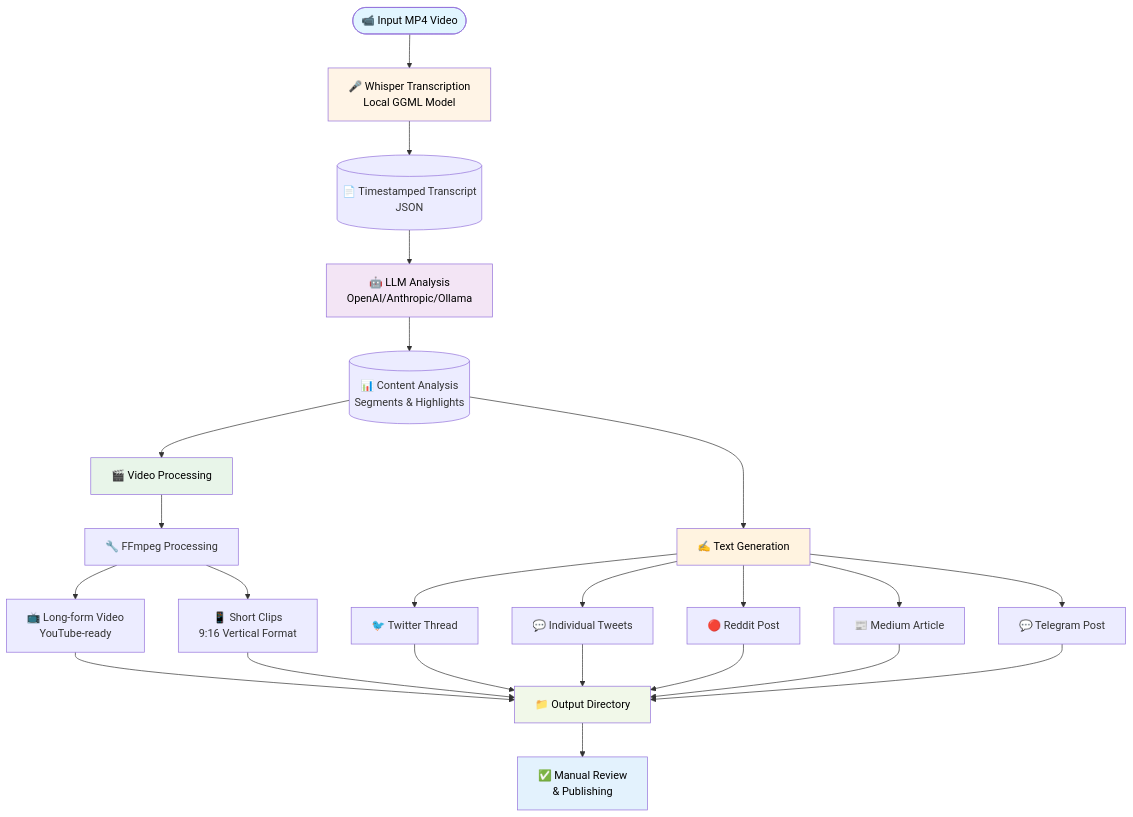
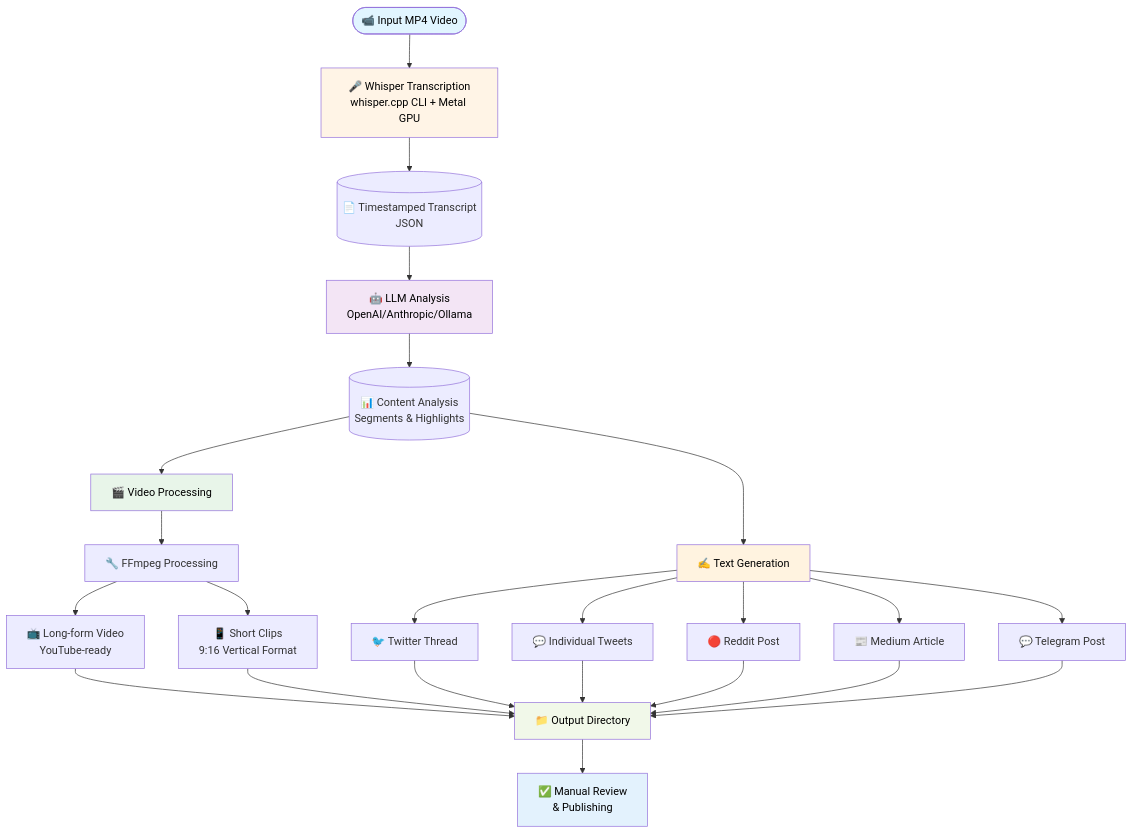
The diagram in README.md (artem-lazarev/stream-repurpose), drawn with Mermaid before and after one commit. The commit also changed other lines of this file and 12 other files, not shown here.

````diff
--- a/README.md
+++ b/README.md
@@ -35,41 +41,41 @@
 ```mermaid
 flowchart TD
-    Start([📹 Input MP4 Video]) --> Transcribe[🎤 Whisper Transcription<br/>Local GGML Model]
+    Start([📹 Input MP4 Video]) --> Transcribe[🎤 Whisper Transcription<br/>whisper.cpp CLI + Metal GPU]
     
     Transcribe --> Transcript[(📄 Timestamped Transcript<br/>JSON)]
     
     Transcript --> Analyze[🤖 LLM Analysis<br/>OpenAI/Anthropic/Ollama]
     
     Analyze --> Analysis[(📊 Content Analysis<br/>Segments & Highlights)]
     
     Analysis --> VideoBranch[🎬 Video Processing]
     Analysis --> TextBranch[✍️ Text Generation]
     
     VideoBranch --> FFmpeg[🔧 FFmpeg Processing]
     FFmpeg --> LongForm[📺 Long-form Video<br/>YouTube-ready]
     FFmpeg --> ShortForm[📱 Short Clips<br/>9:16 Vertical Format]
     
     TextBranch --> Twitter[🐦 Twitter Thread]
     TextBranch --> Tweets[💬 Individual Tweets]
     TextBranch --> Reddit[🔴 Reddit Post]
     TextBranch --> Medium[📰 Medium Article]
     TextBranch --> Telegram[💬 Telegram Post]
     
     LongForm --> Output[📁 Output Directory]
     ShortForm --> Output
     Twitter --> Output
     Tweets --> Output
     Reddit --> Output
     Medium --> Output
     Telegram --> Output
     
     Output --> Review[✅ Manual Review<br/>& Publishing]
     
     style Start fill:#e1f5ff,color:#000000
     style Transcribe fill:#fff4e6,color:#000000
     style Analyze fill:#f3e5f5,color:#000000
     style VideoBranch fill:#e8f5e9,color:#000000
     style TextBranch fill:#fff3e0,color:#000000
     style Output fill:#f1f8e9,color:#000000
     style Review fill:#e3f2fd,color:#000000
 ```
````
